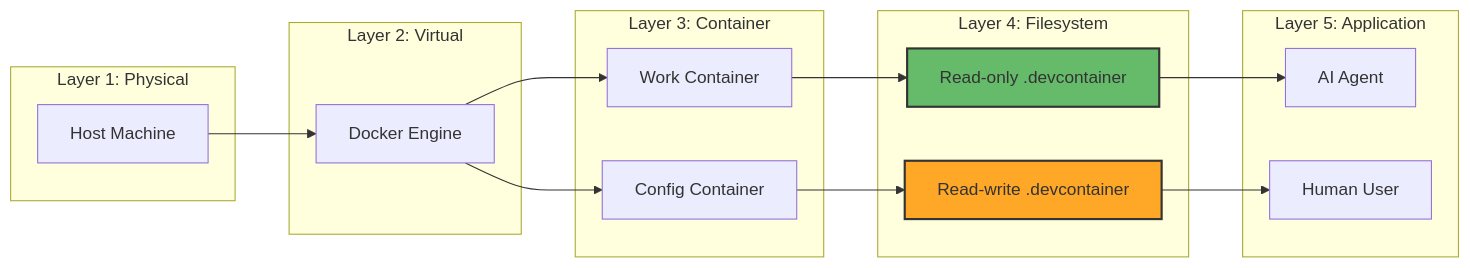
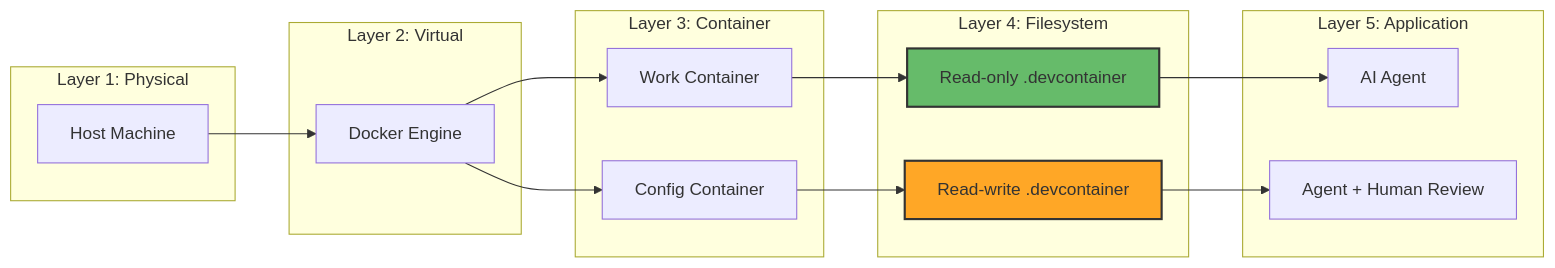
Before and after one commit to ManuelKugelmann/BitBot: the second of 4 diagrams in sparc/3-architecture/diagrams/02-container-orchestration.md, drawn with Mermaid. The commit also changed other lines of this file and 43 other files, not shown here.

````diff
--- a/sparc/3-architecture/diagrams/02-container-orchestration.md
+++ b/sparc/3-architecture/diagrams/02-container-orchestration.md
@@ -156,36 +166,36 @@
 ```mermaid
 graph LR
     subgraph "Layer 1: Physical"
         HOST[Host Machine]
     end
 
     subgraph "Layer 2: Virtual"
         DOCKER[Docker Engine]
     end
 
     subgraph "Layer 3: Container"
         WORK[Work Container]
         CONFIG[Config Container]
     end
 
     subgraph "Layer 4: Filesystem"
         WORKRO[Read-only .devcontainer]
         CONFIGRW[Read-write .devcontainer]
     end
 
     subgraph "Layer 5: Application"
         AI[AI Agent]
-        HUMAN[Human User]
+        HUMAN[Agent + Human Review]
     end
 
     HOST --> DOCKER
     DOCKER --> WORK
     DOCKER --> CONFIG
     WORK --> WORKRO
     CONFIG --> CONFIGRW
     WORKRO --> AI
     CONFIGRW --> HUMAN
 
     style WORKRO fill:#66bb6a,stroke:#333,stroke-width:2px,color:#333
     style CONFIGRW fill:#ffa726,stroke:#333,stroke-width:2px,color:#333
 ```
````
